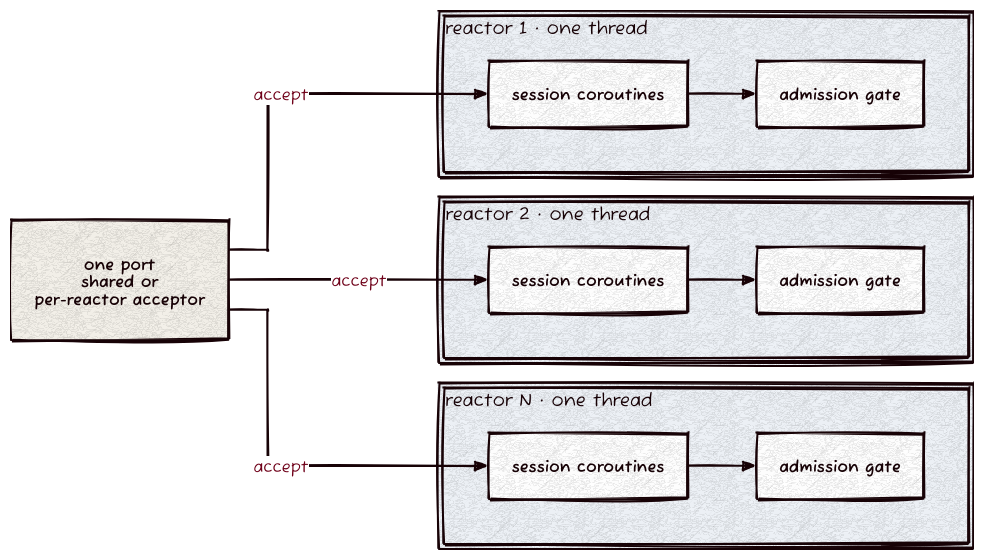
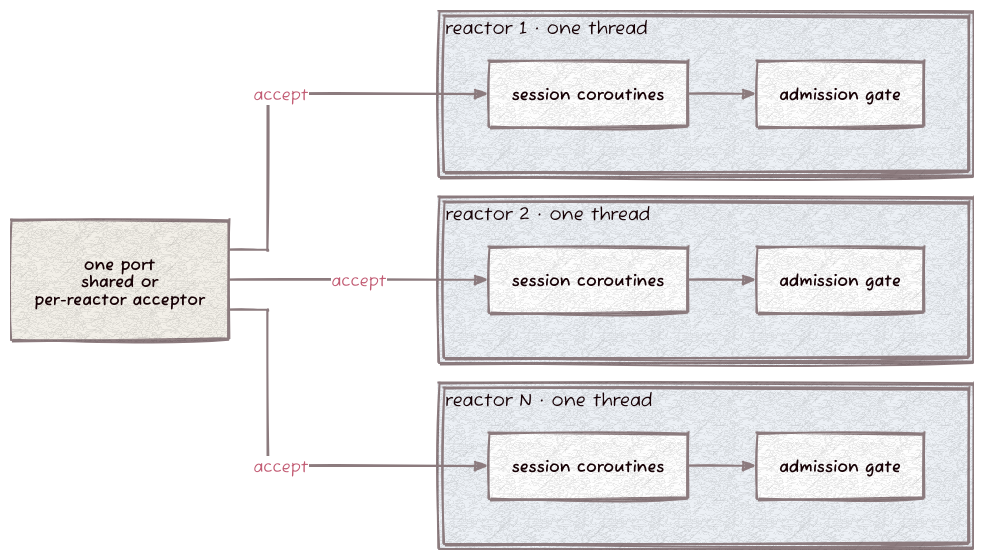
The diagram in docs/reactor.d2 (Kronuz/reactor), drawn with D2 before and after one commit. The commit also changed 1 other file, not shown here.

Commit message:
Render the README diagram for light and dark pages
A transparent background, mid-tone lines and mid-tone edge labels let
the one SVG read on GitHub's light and dark themes; the header carries
the settings so a plain `d2` renders it the same way.

[skip ci]

```diff
--- a/docs/reactor.d2
+++ b/docs/reactor.d2
@@ -1,37 +1,39 @@
 # reactor: N shared-nothing reactors on one port; each runs its sessions and admits their requests.
-# Render: d2 --layout elk --sketch --theme 302 docs/reactor.d2 docs/reactor.svg
-vars: { d2-config: { layout-engine: elk; theme-id: 302; sketch: true; pad: 24 } }
+# Render: d2 docs/reactor.d2 docs/reactor.svg
+vars: { d2-config: { layout-engine: elk; theme-id: 302; sketch: true; pad: 24; theme-overrides: { B1: "#8C7B7E"; B2: "#C25B73"; N2: "#C25B73" } } }
+style.fill: transparent
+
 direction: right
 
 port: "one port\nshared or\nper-reactor acceptor" { style.fill: "#F4F1EA" }
 
 r1: "reactor 1 · one thread" {
   label.near: top-left
   style.font-size: 18
   style.fill: "#EEF2F7"
   co: "session coroutines" { style.fill: "#FFFFFF" }
   gate: "admission gate" { style.fill: "#FFFFFF" }
   co -> gate
 }
 
 r2: "reactor 2 · one thread" {
   label.near: top-left
   style.font-size: 18
   style.fill: "#EEF2F7"
   co: "session coroutines" { style.fill: "#FFFFFF" }
   gate: "admission gate" { style.fill: "#FFFFFF" }
   co -> gate
 }
 
 rn: "reactor N · one thread" {
   label.near: top-left
   style.font-size: 18
   style.fill: "#EEF2F7"
   co: "session coroutines" { style.fill: "#FFFFFF" }
   gate: "admission gate" { style.fill: "#FFFFFF" }
   co -> gate
 }
 
 port -> r1.co: "accept"
 port -> r2.co: "accept"
 port -> rn.co: "accept"
```
